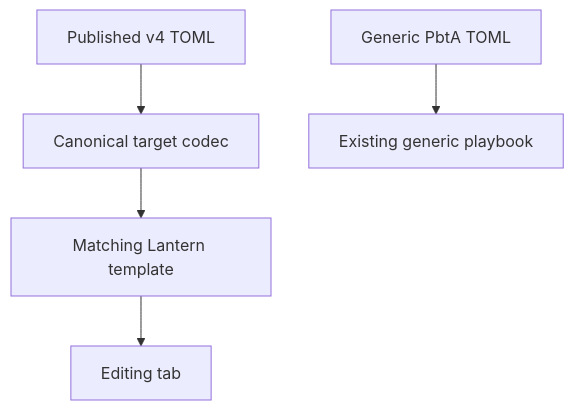
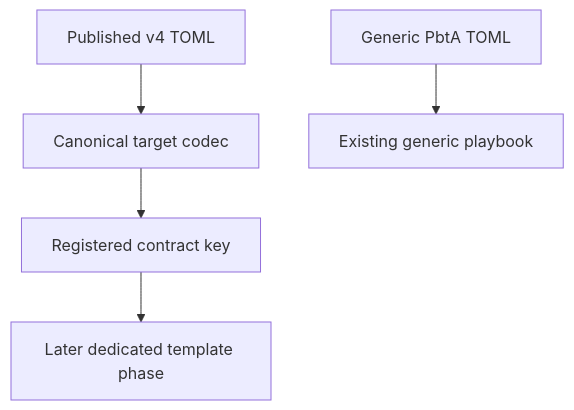
One commit to RebelliousSmile/lantern changed the first of 2 diagrams in aidd_docs/tasks/2026_09/2026_09_17_pbta-v4-specialized-playbooks/phase-1.md. Above: the diagram before and after it, drawn with Mermaid. The commit also changed other lines of this file and 3 other files, not shown here.

Commit message:
chore: adopt schema-pbta v4 contract

````diff
--- a/aidd_docs/tasks/2026_09/2026_09_17_pbta-v4-specialized-playbooks/phase-1.md
+++ b/aidd_docs/tasks/2026_09/2026_09_17_pbta-v4-specialized-playbooks/phase-1.md
@@ -23,7 +21,7 @@
 ```mermaid
 flowchart TD
   A[Published v4 TOML] --> B[Canonical target codec]
-  B --> C[Matching Lantern template]
-  C --> D[Editing tab]
+  B --> C[Registered contract key]
+  C --> D[Later dedicated template phase]
   E[Generic PbtA TOML] --> F[Existing generic playbook]
 ```
````
